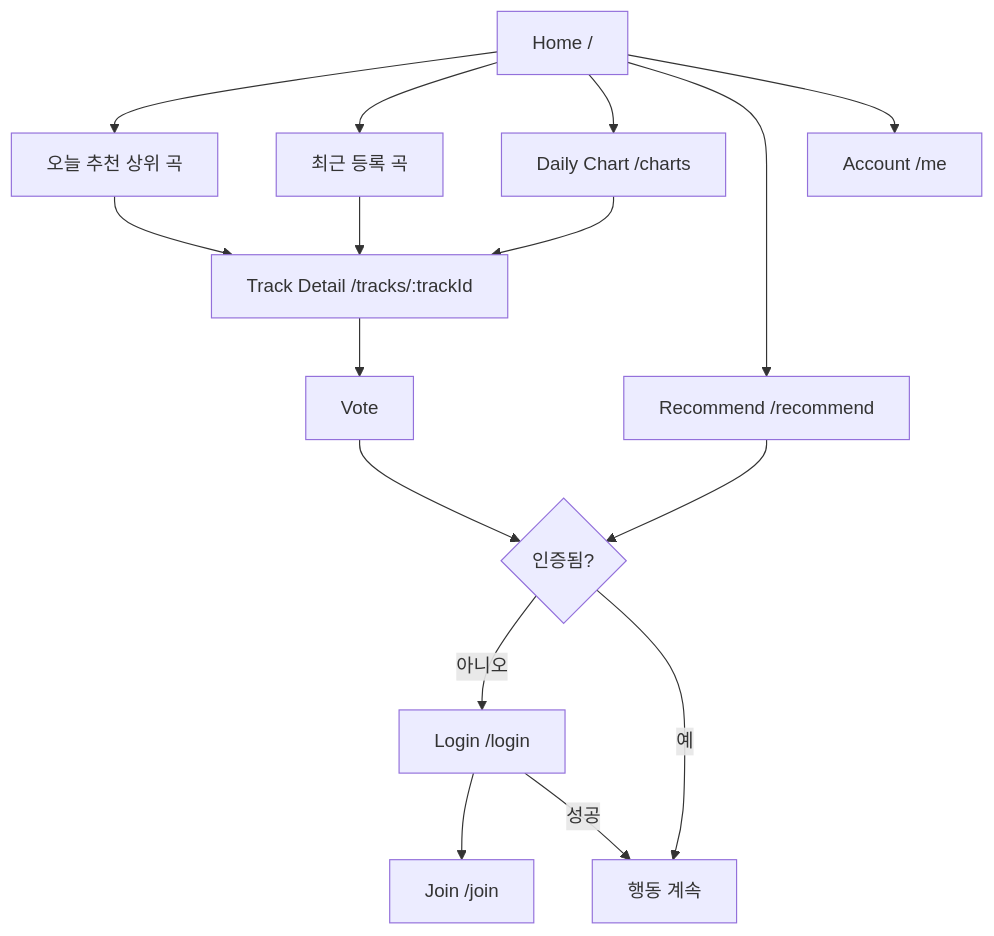
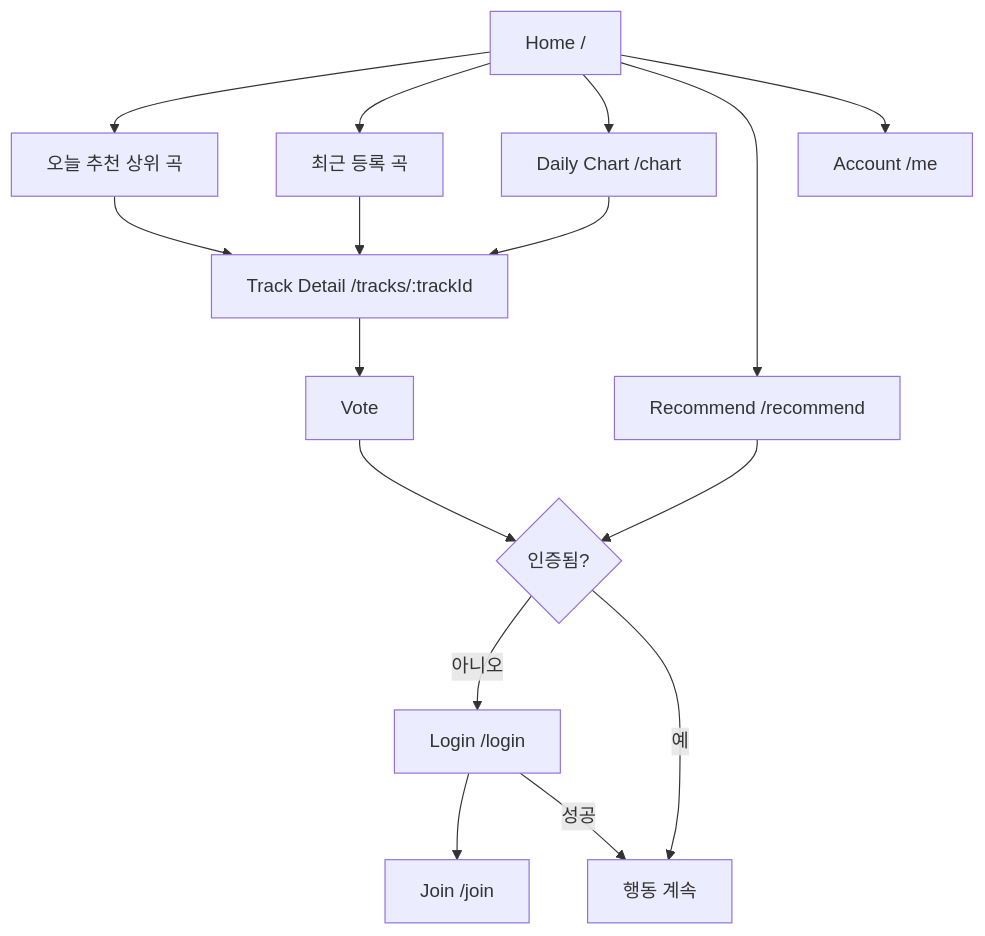
Before and after one commit to badim1235/TrackDrop: the first of 2 diagrams in docs/product/user-flows.md, drawn with Mermaid. The commit also changed other lines of this file and 117 other files, not shown here.

````diff
--- a/docs/product/user-flows.md
+++ b/docs/product/user-flows.md
@@ -43,18 +43,18 @@
 ```mermaid
 flowchart TD
     A["Home /"] --> B["오늘 추천 상위 곡"]
     A --> C["최근 등록 곡"]
-    A --> D["Daily Chart /charts"]
+    A --> D["Daily Chart /chart"]
     B --> E["Track Detail /tracks/:trackId"]
     C --> E
     D --> E
     E --> F["Vote"]
     A --> G["Recommend /recommend"]
     F --> H{"인증됨?"}
     G --> H
     H -->|아니오| I["Login /login"]
     I --> J["Join /join"]
     H -->|예| K["행동 계속"]
     I -->|성공| K
     A --> L["Account /me"]
 ```
````
